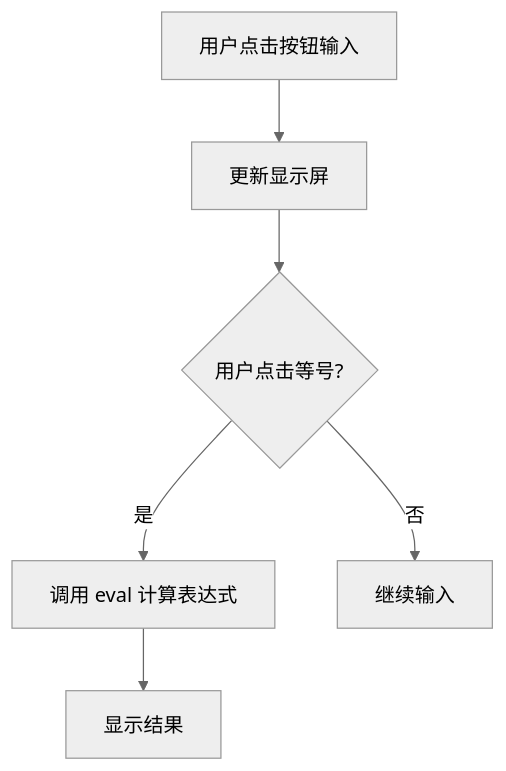
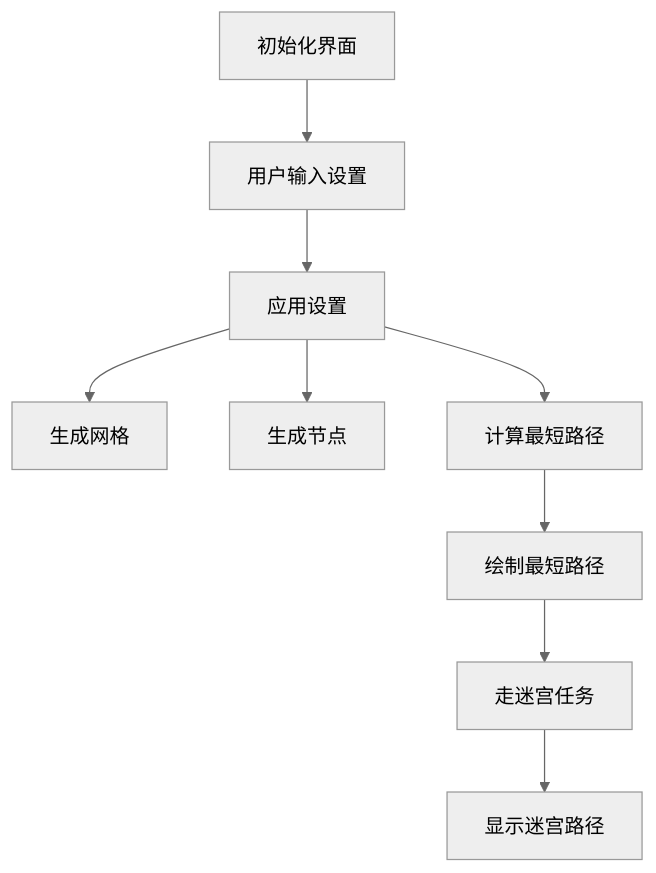
Before and after one commit to lalalala5678/bupt-ee-Specialized-experiments: the second of 2 diagrams in 最短连线/report.md, drawn with Mermaid (neutral theme). The commit also changed other lines of this file and 20 other files, not shown here.

````diff
--- a/最短连线/report.md
+++ b/最短连线/report.md
@@ -117,8 +199,11 @@
 ```mermaid
 graph TD;
-    A[用户点击按钮输入] --> B[更新显示屏]
-    B --> C{用户点击等号?}
-    C -- 是 --> D[调用 eval 计算表达式]
-    D --> E[显示结果]
-    C -- 否 --> F[继续输入]
+    A[初始化界面] --> B[用户输入设置]
+    B --> C[应用设置]
+    C --> D[生成网格]
+    C --> E[生成节点]
+    C --> F[计算最短路径]
+    F --> G[绘制最短路径]
+    G --> H[走迷宫任务]
+    H --> I[显示迷宫路径]
 ```
````
